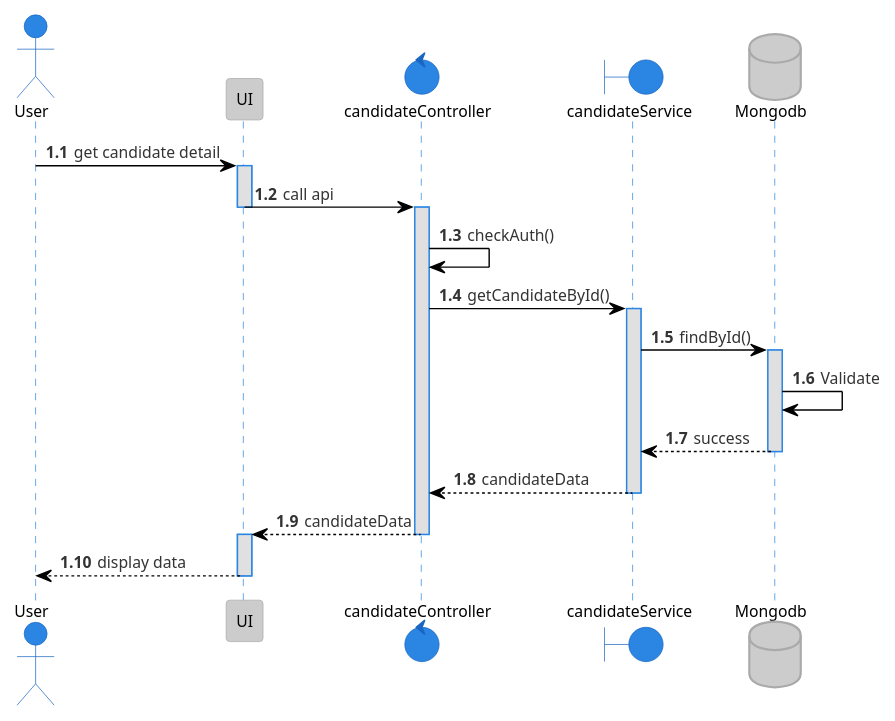
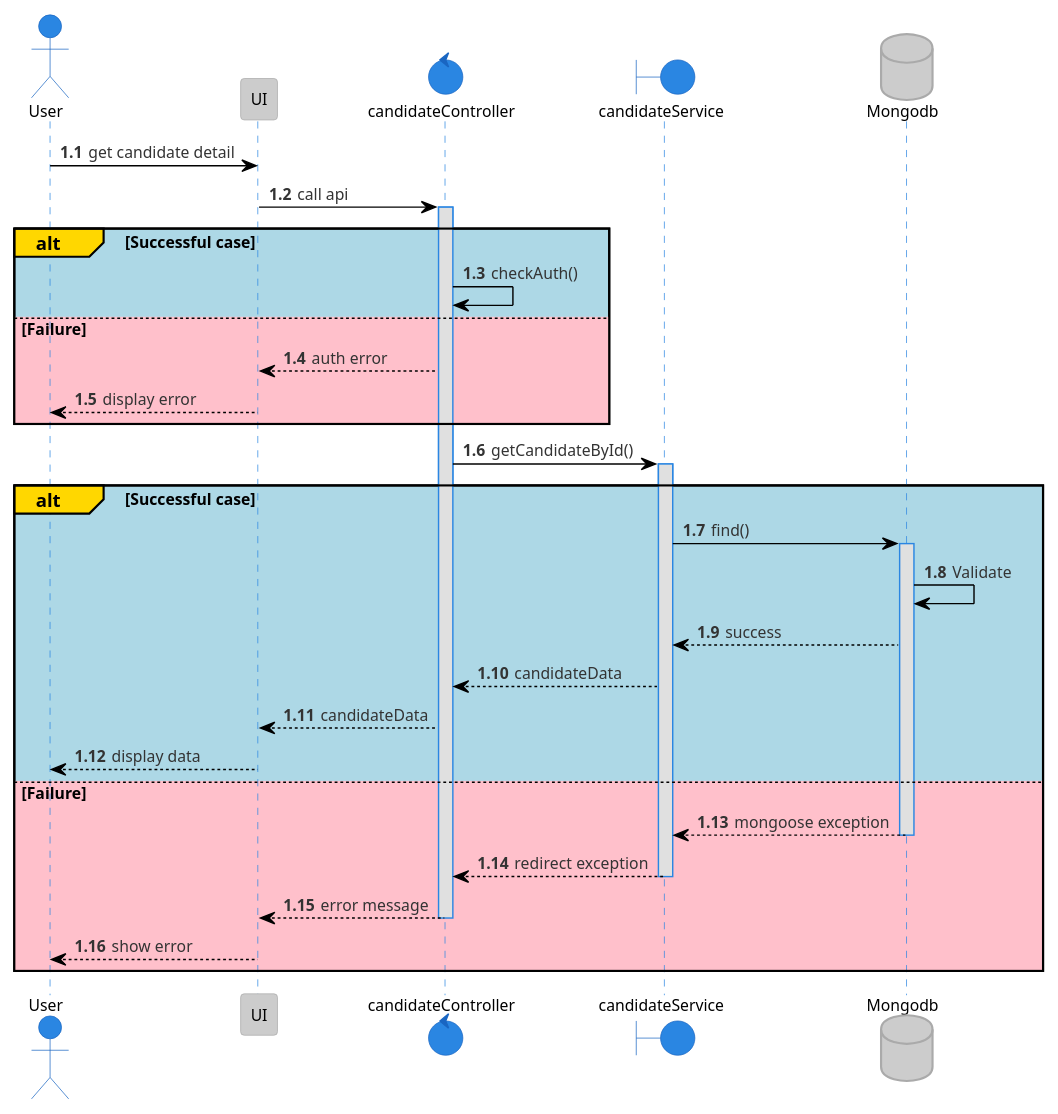
Before and after one commit to tuannm99/RMS: the diagram in plantuml/sequence/candidate/getCandidate.puml, drawn with PlantUML. The commit also changed 31 other files, not shown here.

Commit message:
update - final sequence

```diff
--- a/plantuml/sequence/candidate/getCandidate.puml
+++ b/plantuml/sequence/candidate/getCandidate.puml
@@ -1,33 +1,46 @@
 @startuml get Candidate detail
 !theme reddress-lightblue
 
 autonumber 1.1
 actor User
 participant UI
 control  candidateController
 boundary candidateService
 database Mongodb
 
 
 User -> UI: get candidate detail
-activate UI
 UI -> candidateController: call api
-deactivate UI
 activate candidateController
-candidateController -> candidateController: checkAuth()
+
+alt#Gold #LightBlue Successful case
+    candidateController -> candidateController: checkAuth()
+else #Pink Failure
+    candidateController --> UI: auth error
+    UI --> User: display error
+end
+
 candidateController -> candidateService: getCandidateById()
-activate candidateService
-candidateService -> Mongodb: findById()
-activate Mongodb
-Mongodb -> Mongodb: Validate
-Mongodb --> candidateService: success
-deactivate Mongodb
-candidateService --> candidateController: candidateData
-deactivate candidateService
-candidateController --> UI: candidateData
-deactivate candidateController
-activate UI
-UI --> User: display data
-deactivate UI
+
+alt#Gold #LightBlue Successful case
+    activate candidateService
+    candidateService -> Mongodb: find()
+    activate Mongodb
+    Mongodb -> Mongodb: Validate
+    Mongodb --> candidateService: success
+    candidateService --> candidateController: candidateData
+    candidateController --> UI: candidateData
+    UI --> User: display data
+else #Pink Failure
+    Mongodb --> candidateService: mongoose exception
+    deactivate Mongodb
+    candidateService --> candidateController: redirect exception
+    deactivate candidateService
+    candidateController --> UI: error message
+    deactivate candidateController
+    UI --> User: show error
+    deactivate Mongodb
+    deactivate UI
+end
 
 @enduml
```
